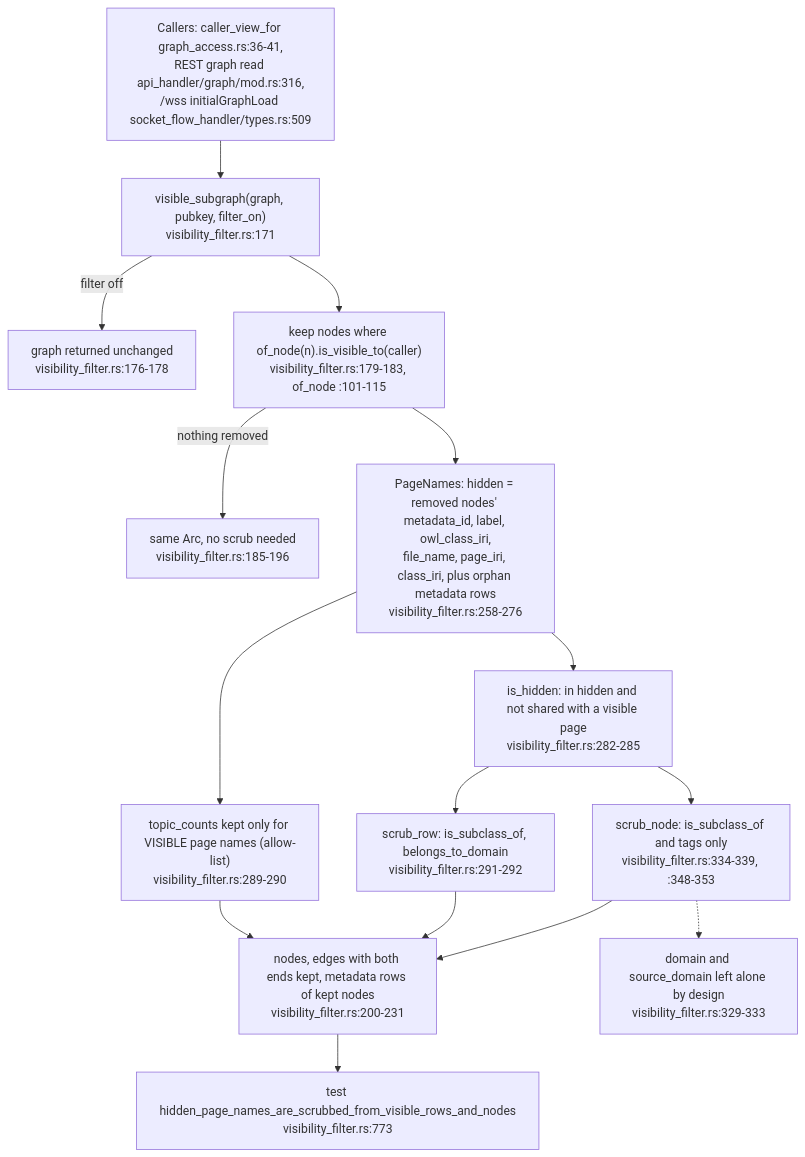
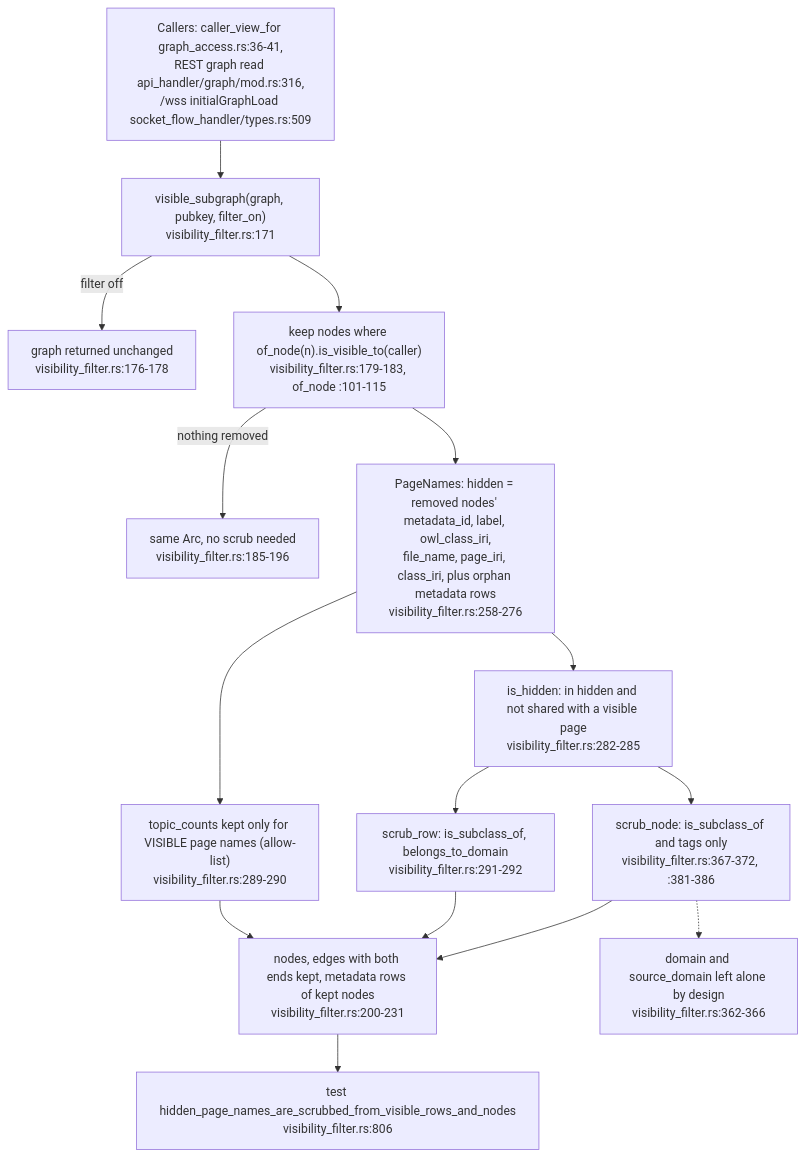
Before and after one commit to DreamLab-AI/VisionFlow: diagram 12 of 14 in docs/diagrams/visionclaw/22-data-authority-provenance-erasure.md, drawn with Mermaid. The commit also changed other lines of this file and 49 other files, not shown here.

First line of the commit message:
docs(diagrams): re-derive and re-stamp VisionClaw, estate, knowledge-graph, visionGraph, VisionFlow and sidestr topics

````diff
--- a/docs/diagrams/visionclaw/22-data-authority-provenance-erasure.md
+++ b/docs/diagrams/visionclaw/22-data-authority-provenance-erasure.md
@@ -499,17 +499,17 @@
 ```mermaid
 flowchart TB
     CALL["Callers: caller_view_for graph_access.rs:36-41,<br/>REST graph read api_handler/graph/mod.rs:316,<br/>/wss initialGraphLoad socket_flow_handler/types.rs:509"] --> VS["visible_subgraph(graph, pubkey, filter_on)<br/>visibility_filter.rs:171"]
     VS -->|filter off| SAME["graph returned unchanged<br/>visibility_filter.rs:176-178"]
     VS --> KEPT["keep nodes where of_node(n).is_visible_to(caller)<br/>visibility_filter.rs:179-183, of_node :101-115"]
     KEPT -->|"nothing removed"| SAME2["same Arc, no scrub needed<br/>visibility_filter.rs:185-196"]
     KEPT --> PN["PageNames: hidden = removed nodes' metadata_id, label, owl_class_iri,<br/>file_name, page_iri, class_iri, plus orphan metadata rows<br/>visibility_filter.rs:258-276"]
     PN --> IH["is_hidden: in hidden and not shared with a visible page<br/>visibility_filter.rs:282-285"]
-    IH --> SN["scrub_node: is_subclass_of and tags only<br/>visibility_filter.rs:334-339, :348-353"]
+    IH --> SN["scrub_node: is_subclass_of and tags only<br/>visibility_filter.rs:367-372, :381-386"]
     IH --> SR["scrub_row: is_subclass_of, belongs_to_domain<br/>visibility_filter.rs:291-292"]
     PN --> TC["topic_counts kept only for VISIBLE page names (allow-list)<br/>visibility_filter.rs:289-290"]
     SN --> OUT["nodes, edges with both ends kept, metadata rows of kept nodes<br/>visibility_filter.rs:200-231"]
     SR --> OUT
     TC --> OUT
-    SN -.-> NOT["domain and source_domain left alone by design<br/>visibility_filter.rs:329-333"]
-    OUT --> T["test hidden_page_names_are_scrubbed_from_visible_rows_and_nodes<br/>visibility_filter.rs:773"]
+    SN -.-> NOT["domain and source_domain left alone by design<br/>visibility_filter.rs:362-366"]
+    OUT --> T["test hidden_page_names_are_scrubbed_from_visible_rows_and_nodes<br/>visibility_filter.rs:806"]
 ```
````
